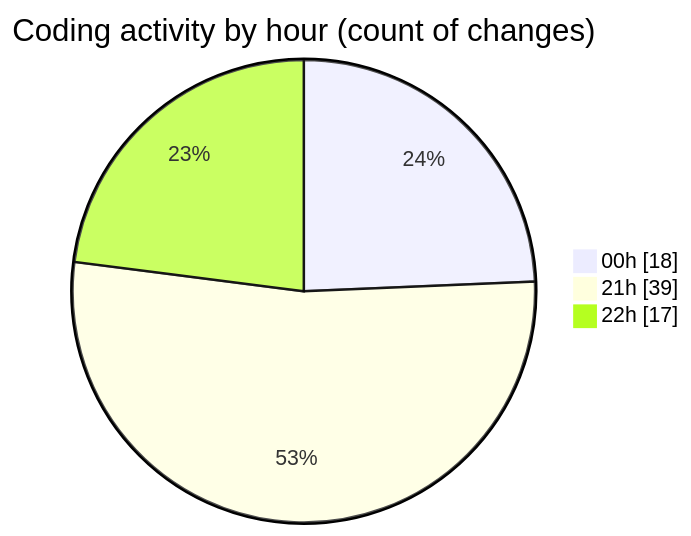
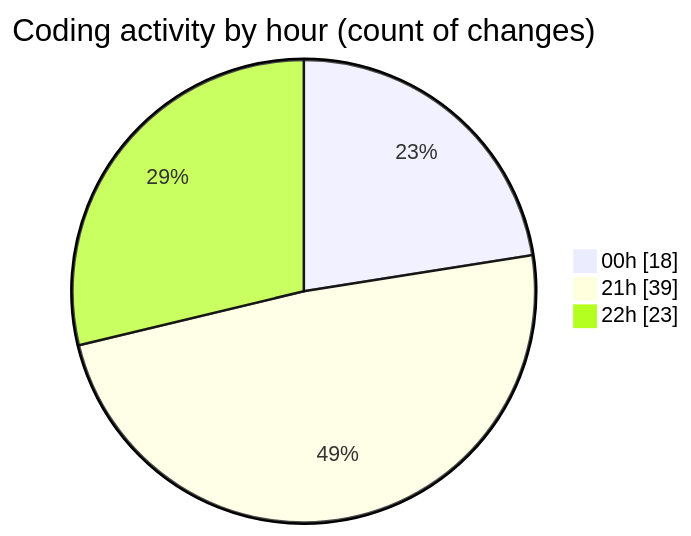
One commit to Netris89/code-tracking changed the second of 2 diagrams in 2025-04-23/echo/README.md. Above: the diagram before and after it, drawn with Mermaid. The commit also changed other lines of this file and 1 other file, not shown here.

````diff
--- a/2025-04-23/echo/README.md
+++ b/2025-04-23/echo/README.md
@@ -32,7 +32,7 @@
 ```mermaid
 pie showData
 title Coding activity by hour (count of changes)
 "00h" : 18
 "21h" : 39
-"22h" : 17
+"22h" : 23
 ```
````
